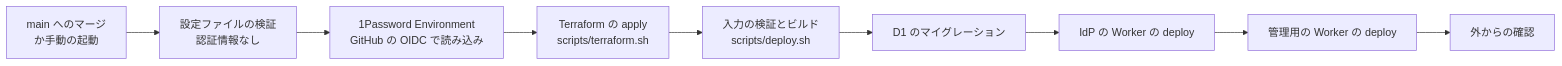
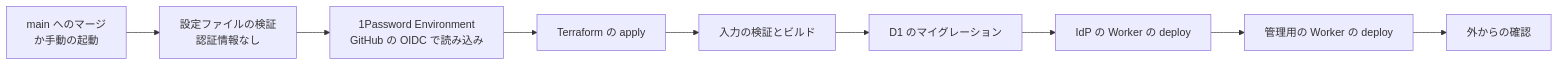
The second of 2 diagrams in docs/design/infrastructure.md (OJILab-dev/idp), drawn with Mermaid before and after one commit. The commit also changed other lines of this file and 2 other files, not shown here.

Commit message:
docs: drop the repository layout and file paths from the overview docs

````diff
--- a/docs/design/infrastructure.md
+++ b/docs/design/infrastructure.md
@@ -58,14 +58,14 @@
 ```mermaid
 flowchart LR
   merge["main へのマージ<br/>か手動の起動"]
   validate["設定ファイルの検証<br/>認証情報なし"]
   creds["1Password Environment<br/>GitHub の OIDC で読み込み"]
-  tf["Terraform の apply<br/>scripts/terraform.sh"]
-  build["入力の検証とビルド<br/>scripts/deploy.sh"]
+  tf["Terraform の apply"]
+  build["入力の検証とビルド"]
   mig["D1 のマイグレーション"]
   idp["IdP の Worker の deploy"]
   admin["管理用の Worker の deploy"]
   check["外からの確認"]
 
   merge --> validate --> creds --> tf --> build --> mig --> idp --> admin --> check
 ```
````
